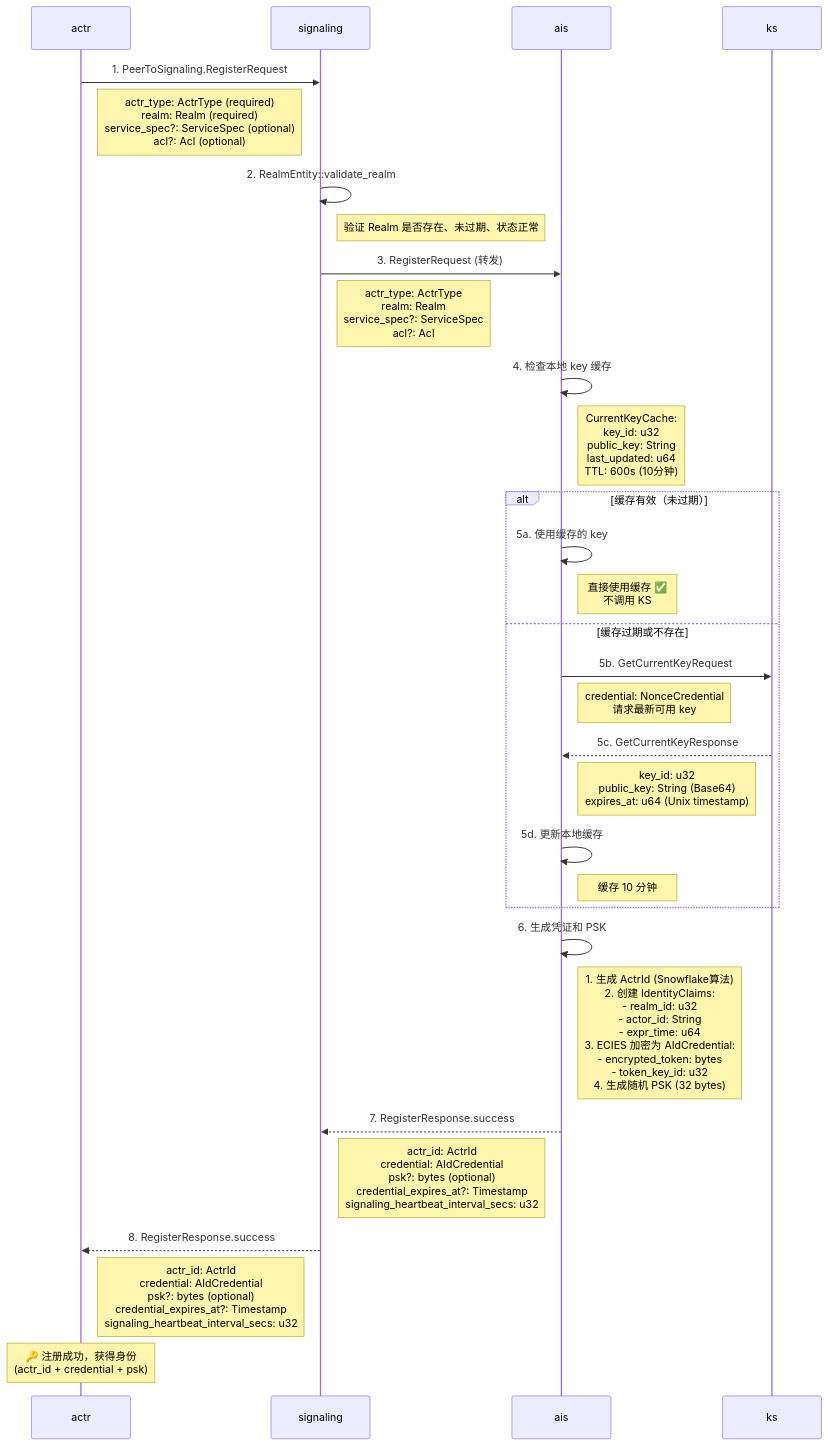
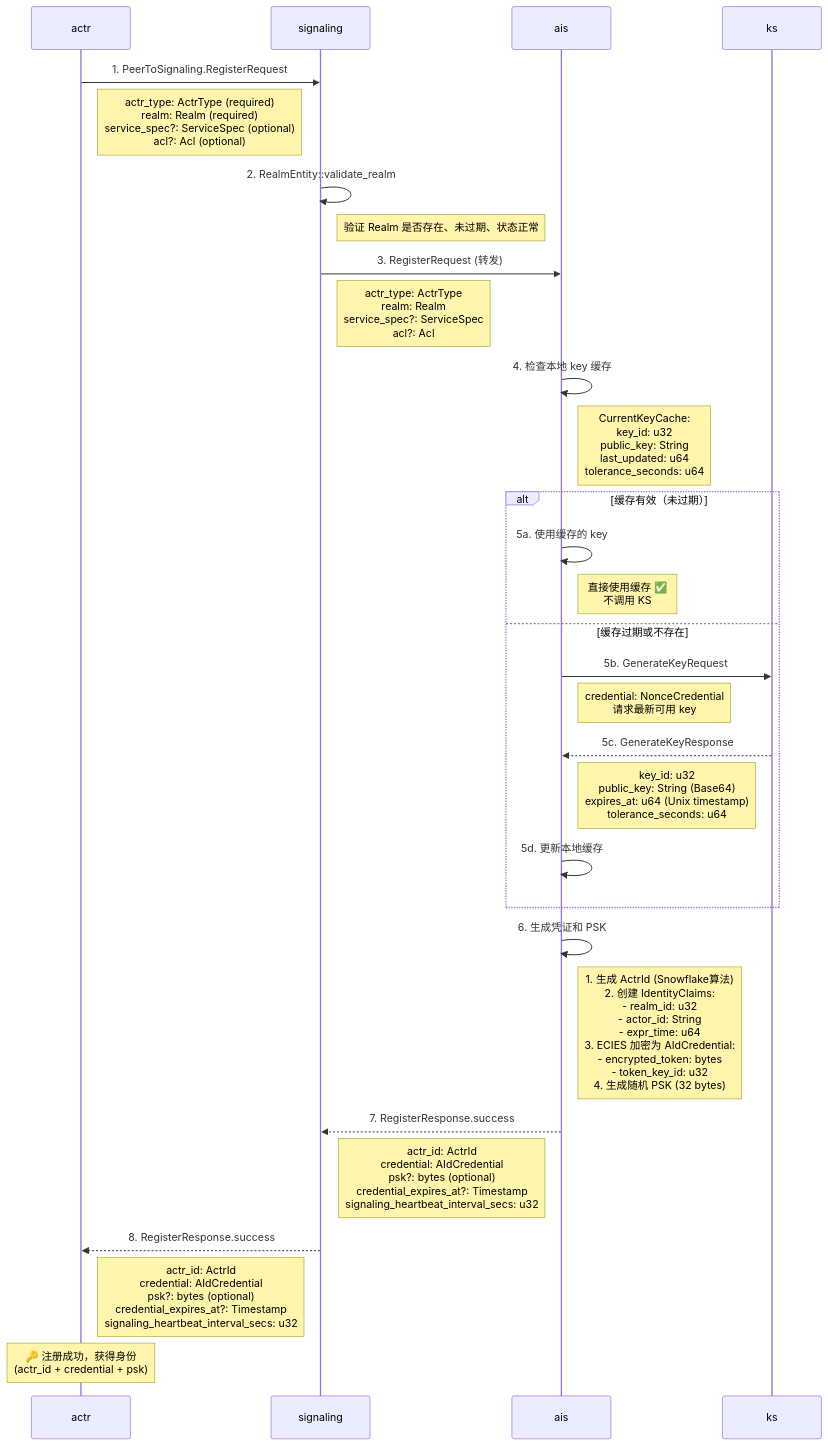
One commit to actor-rtc/actor-rtc.github.io changed the diagram in zh-hans/5.1-registration-flow.md. Above: the diagram before and after it, drawn with Mermaid. The commit also changed other lines of this file and 3 other files, not shown here.

Commit message:
fix: tolerance and generate key about doc

````diff
--- a/zh-hans/5.1-registration-flow.md
+++ b/zh-hans/5.1-registration-flow.md
@@ -13,46 +13,45 @@
 ```mermaid
 sequenceDiagram
     participant actr as actr
     participant signaling as signaling
     participant ais as ais
     participant ks as ks
 
     %% ========== 首次注册流程 ==========
     actr->>signaling: 1. PeerToSignaling.RegisterRequest
     Note right of actr: actr_type: ActrType (required)<br/>realm: Realm (required)<br/>service_spec?: ServiceSpec (optional)<br/>acl?: Acl (optional)
 
     signaling->>signaling: 2. RealmEntity::validate_realm
     Note right of signaling: 验证 Realm 是否存在、未过期、状态正常
 
     signaling->>ais: 3. RegisterRequest (转发)
     Note right of signaling: actr_type: ActrType<br/>realm: Realm<br/>service_spec?: ServiceSpec<br/>acl?: Acl
 
     ais->>ais: 4. 检查本地 key 缓存
-    Note right of ais: CurrentKeyCache:<br/>  key_id: u32<br/>  public_key: String<br/>  last_updated: u64<br/>  TTL: 600s (10分钟)
+    Note right of ais: CurrentKeyCache:<br/>  key_id: u32<br/>  public_key: String<br/>  last_updated: u64<br/>  tolerance_seconds: u64
 
     alt 缓存有效（未过期）
         ais->>ais: 5a. 使用缓存的 key
         Note right of ais: 直接使用缓存 ✅<br/>不调用 KS
         
     else 缓存过期或不存在
-        ais->>ks: 5b. GetCurrentKeyRequest
+        ais->>ks: 5b. GenerateKeyRequest
         Note right of ais: credential: NonceCredential<br/>请求最新可用 key
         
-        ks-->>ais: 5c. GetCurrentKeyResponse
-        Note left of ks: key_id: u32<br/>public_key: String (Base64)<br/>expires_at: u64 (Unix timestamp)
+        ks-->>ais: 5c. GenerateKeyResponse
+        Note left of ks: key_id: u32<br/>public_key: String (Base64)<br/>expires_at: u64 (Unix timestamp)<br/>tolerance_seconds: u64
         
         ais->>ais: 5d. 更新本地缓存
-        Note right of ais: 缓存 10 分钟
     end
 
     ais->>ais: 6. 生成凭证和 PSK
     Note right of ais: 1. 生成 ActrId (Snowflake算法)<br/>2. 创建 IdentityClaims:<br/>   - realm_id: u32<br/>   - actor_id: String<br/>   - expr_time: u64<br/>3. ECIES 加密为 AIdCredential:<br/>   - encrypted_token: bytes<br/>   - token_key_id: u32<br/>4. 生成随机 PSK (32 bytes)
     
     ais-->>signaling: 7. RegisterResponse.success
     Note left of ais: actr_id: ActrId<br/>credential: AIdCredential<br/>psk?: bytes (optional)<br/>credential_expires_at?: Timestamp<br/>signaling_heartbeat_interval_secs: u32
     
     signaling-->>actr: 8. RegisterResponse.success
     Note left of signaling: actr_id: ActrId<br/>credential: AIdCredential<br/>psk?: bytes (optional)<br/>credential_expires_at?: Timestamp<br/>signaling_heartbeat_interval_secs: u32
 
     Note over actr: 🔑 注册成功，获得身份<br/>(actr_id + credential + psk)
 ```
````
